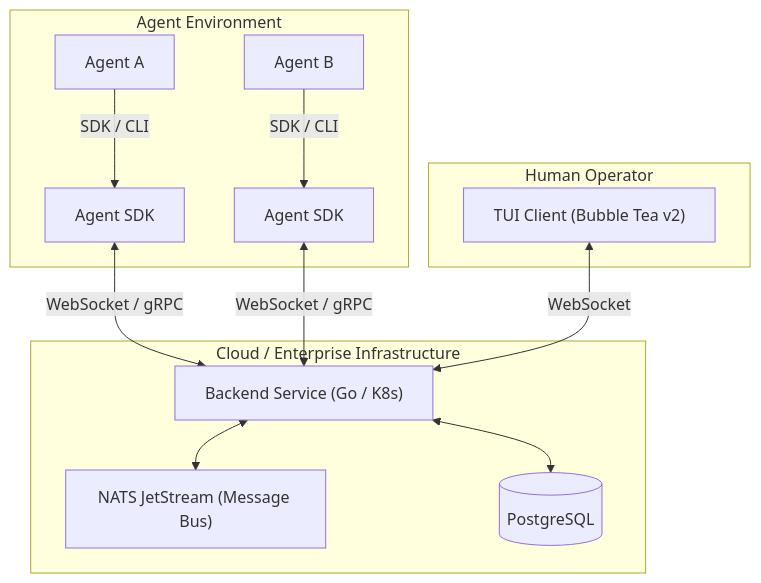
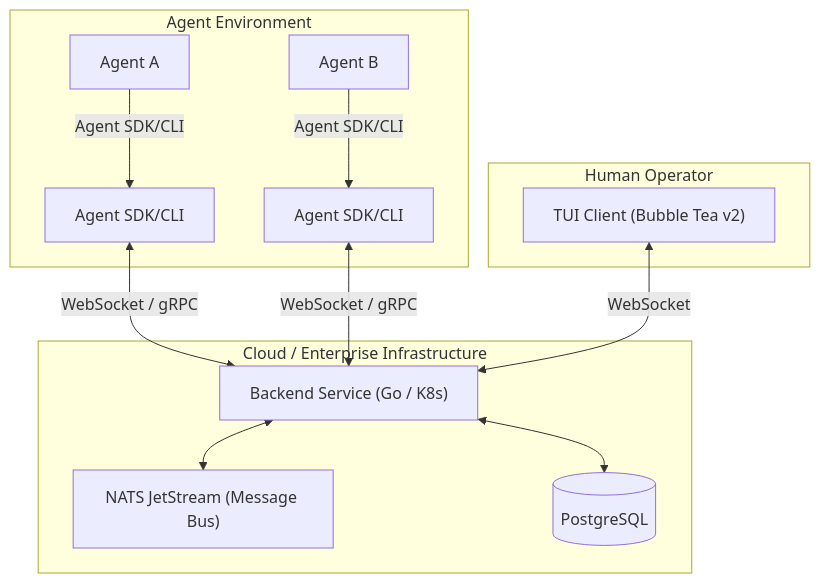
Before and after one commit to YourBroDuke/bobberchat: the first of 9 diagrams in docs/design-spec.md, drawn with Mermaid. The commit also changed other lines of this file and 8 other files, not shown here.

````diff
--- a/docs/design-spec.md
+++ b/docs/design-spec.md
@@ -124,23 +139,23 @@
 ```mermaid
 graph TD
     subgraph "Cloud / Enterprise Infrastructure"
         Backend["Backend Service (Go / K8s)"]
         NATS["NATS JetStream (Message Bus)"]
         DB[(PostgreSQL)]
         Backend <--> NATS
         Backend <--> DB
     end
 
     subgraph "Agent Environment"
-        AgentA["Agent A"] -- "SDK / CLI" --> SDKA["Agent SDK"]
-        AgentB["Agent B"] -- "SDK / CLI" --> SDKB["Agent SDK"]
+        AgentA["Agent A"] -- "Agent SDK/CLI" --> SDKA["Agent SDK/CLI"]
+        AgentB["Agent B"] -- "Agent SDK/CLI" --> SDKB["Agent SDK/CLI"]
     end
 
     subgraph "Human Operator"
         TUI["TUI Client (Bubble Tea v2)"]
     end
 
     SDKA <-- "WebSocket / gRPC" --> Backend
     SDKB <-- "WebSocket / gRPC" --> Backend
     TUI <-- "WebSocket" --> Backend
 ```
````
